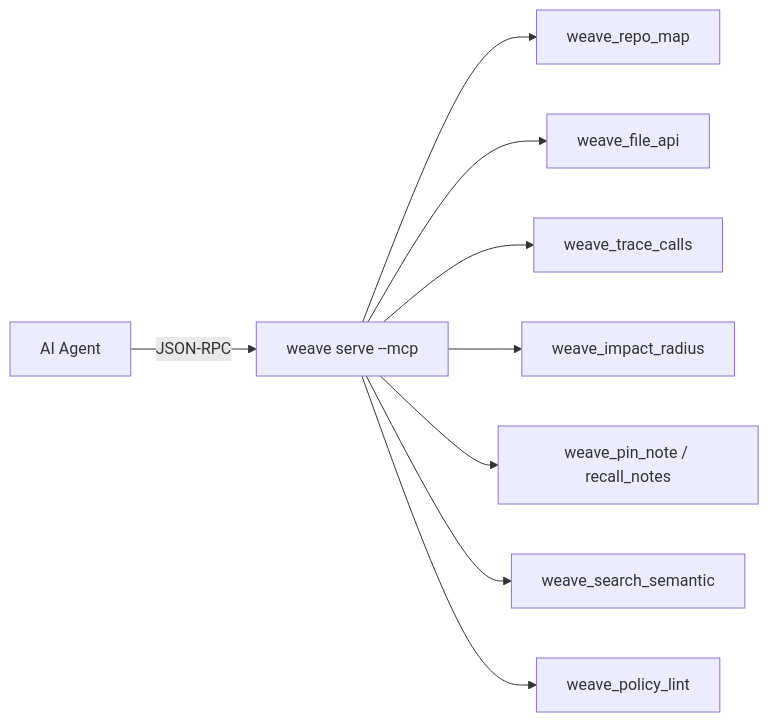
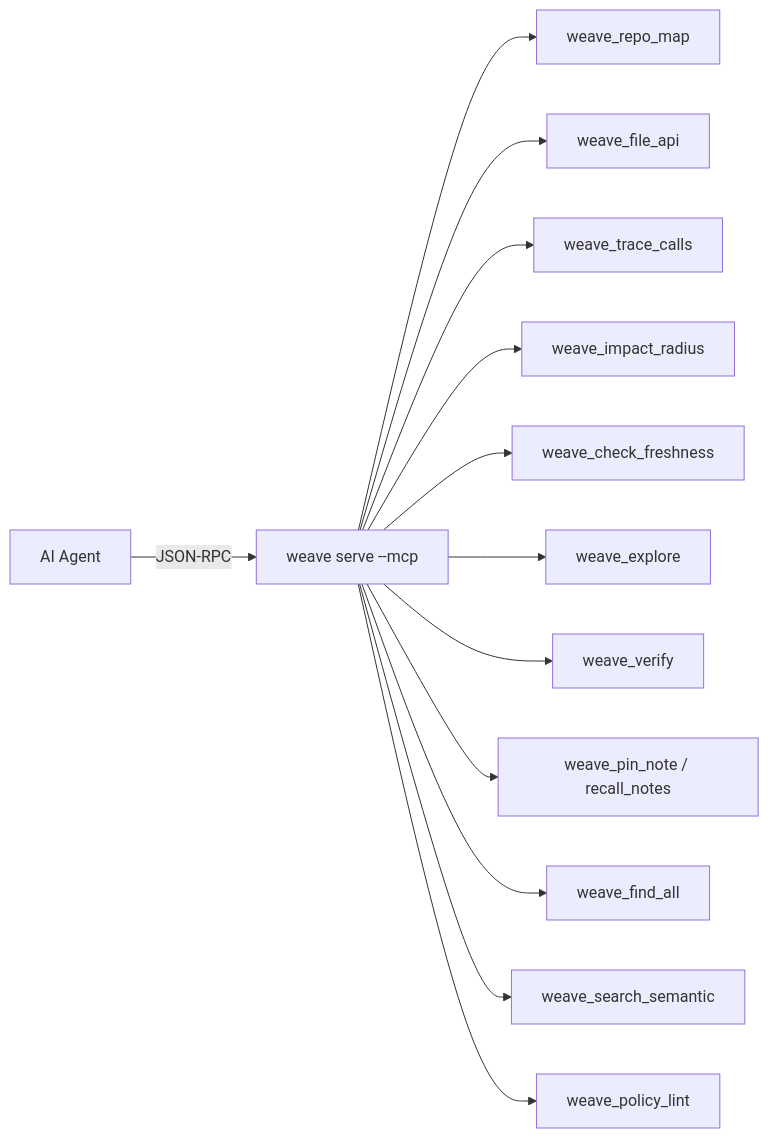
One commit to ragubaran/weave-graph changed the first of 4 diagrams in docs/product/mcp-integration.md. Above: the diagram before and after it, drawn with Mermaid. The commit also changed other lines of this file and 44 other files, not shown here.

````diff
--- a/docs/product/mcp-integration.md
+++ b/docs/product/mcp-integration.md
@@ -162,11 +162,15 @@
 ```mermaid
 flowchart LR
     Agent[AI Agent] -->|JSON-RPC| MCP[weave serve --mcp]
     MCP --> Map[weave_repo_map]
     MCP --> API[weave_file_api]
     MCP --> Trace[weave_trace_calls]
     MCP --> Blast[weave_impact_radius]
+    MCP --> Fresh[weave_check_freshness]
+    MCP --> Explore[weave_explore]
+    MCP --> Verify[weave_verify]
     MCP --> Notes[weave_pin_note / recall_notes]
+    MCP --> FindAll[weave_find_all]
     MCP --> Search[weave_search_semantic]
     MCP --> Lint[weave_policy_lint]
 ```
````
